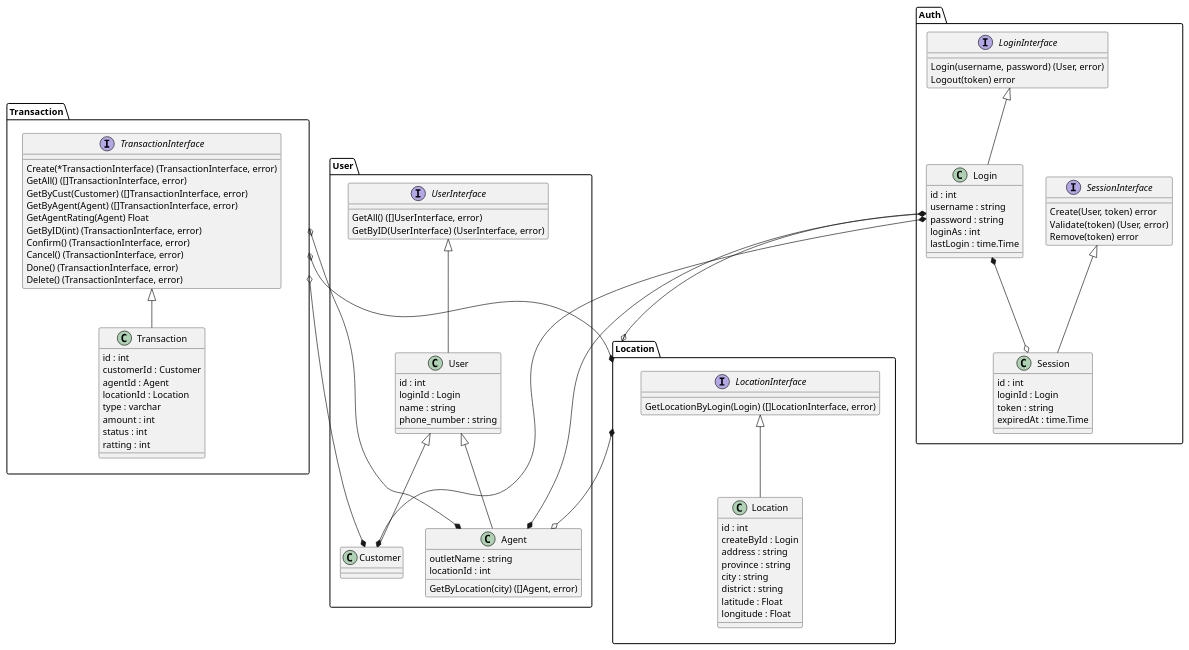
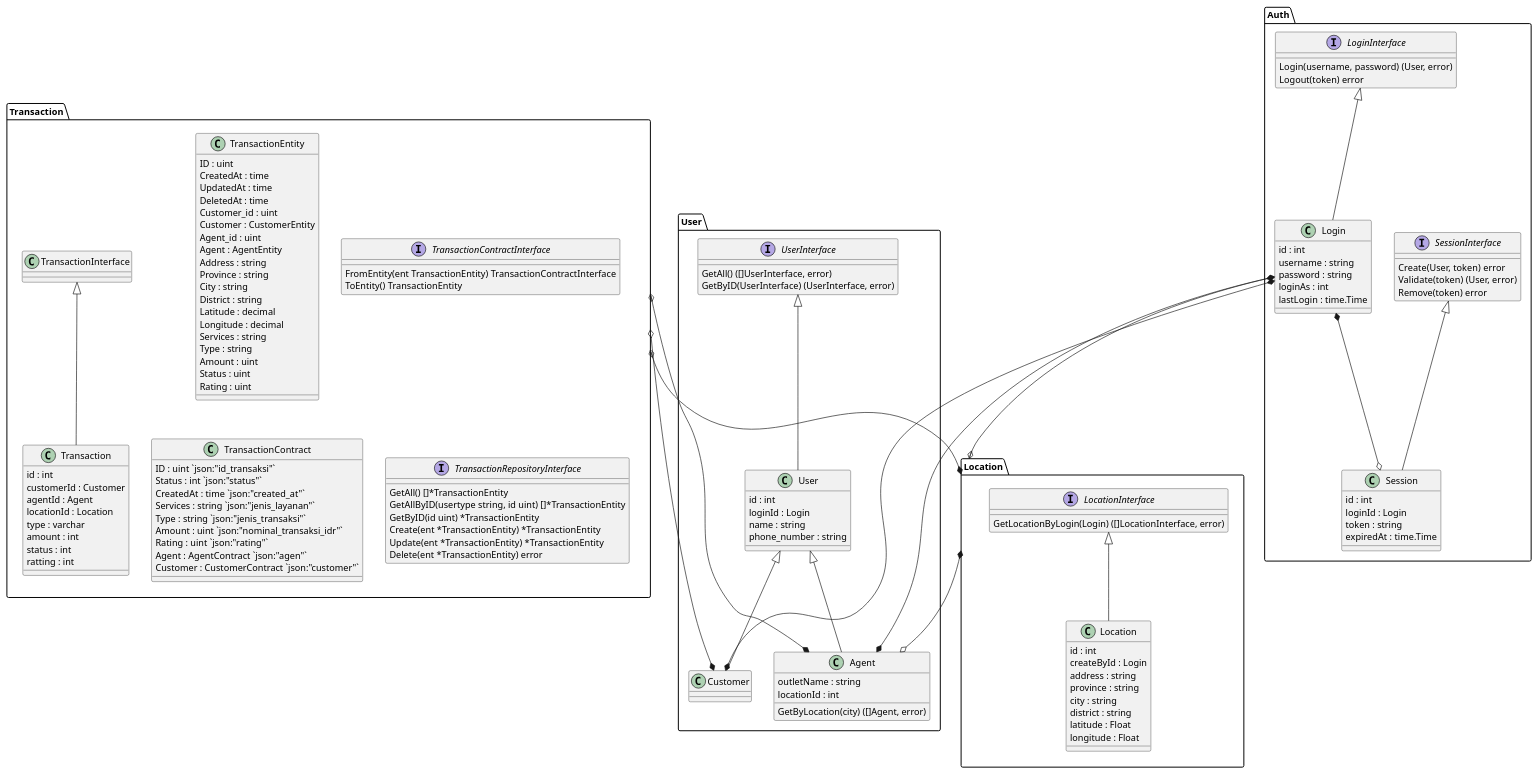
The diagram in documentation/class.plantuml (masdikaid/backend-antar-jemput-bank-service-golang-rakamin), drawn with PlantUML before and after one commit.

Commit message:
update to new structure but not be done yet

```diff
--- a/documentation/class.plantuml
+++ b/documentation/class.plantuml
@@ -1,124 +1,162 @@
 @startuml
+
 
 package Transaction <<folder>> {
 
-    interface TransactionInterface {
-        Create(*TransactionInterface) (TransactionInterface, error)
-        GetAll() ([]TransactionInterface, error)
-        GetByCust(Customer) ([]TransactionInterface, error)
-        GetByAgent(Agent) ([]TransactionInterface, error)
-        GetAgentRating(Agent) Float
-        GetByID(int) (TransactionInterface, error)
-        Confirm() (TransactionInterface, error)
-        Cancel() (TransactionInterface, error)
-        Done() (TransactionInterface, error)
-        Delete() (TransactionInterface, error)
+    class TransactionEntity {
+        ID : uint
+        CreatedAt : time
+        UpdatedAt : time
+        DeletedAt : time
+        Customer_id : uint
+        Customer : CustomerEntity
+        Agent_id : uint
+        Agent : AgentEntity
+        Address : string
+        Province : string
+        City : string
+        District : string
+        Latitude : decimal
+        Longitude : decimal
+        Services : string
+        Type : string
+        Amount : uint
+        Status : uint
+        Rating : uint
     }
+
+    interface TransactionContractInterface {
+        FromEntity(ent TransactionEntity) TransactionContractInterface
+        ToEntity() TransactionEntity
+    }
+
+    class TransactionContract {
+        ID : uint `json:"id_transaksi"`
+        Status : int `json:"status"`
+        CreatedAt : time `json:"created_at"`
+        Services : string `json:"jenis_layanan"`
+        Type : string `json:"jenis_transaksi"`
+        Amount : uint `json:"nominal_transaksi_idr"`
+        Rating : uint `json:"rating"`
+        Agent : AgentContract `json:"agen"`
+        Customer : CustomerContract `json:"customer"`
+    }
+
+    interface TransactionRepositoryInterface {
+        GetAll() []*TransactionEntity
+        GetAllByID(usertype string, id uint) []*TransactionEntity
+        GetByID(id uint) *TransactionEntity
+        Create(ent *TransactionEntity) *TransactionEntity
+        Update(ent *TransactionEntity) *TransactionEntity
+        Delete(ent *TransactionEntity) error
+    }
+
+
 
     class Transaction {
         id : int
         customerId : Customer
         agentId : Agent
         locationId : Location
         type : varchar
         amount : int
         status : int
         ratting : int
     }
 
     TransactionInterface <|-- Transaction
 
 }
 
 package User <<folder>> {
 
     interface UserInterface {
         GetAll() ([]UserInterface, error)
         GetByID(UserInterface) (UserInterface, error)
     }
 
     class User {
         id : int
         loginId : Login
         name : string
         phone_number : string
     }
 
     class Customer {
     }
 
     class Agent {
         outletName : string
         locationId : int
         GetByLocation(city) ([]Agent, error)
     }
 
     UserInterface <|-- User
     User <|-- Customer
     User <|-- Agent
 
 }
 
 Package Auth <<folder>> {
 
     interface LoginInterface {
         Login(username, password) (User, error)
         Logout(token) error
     }
 
     interface SessionInterface {
         Create(User, token) error
         Validate(token) (User, error)
         Remove(token) error
     }
 
     class Login {
         id : int
         username : string
         password : string
         loginAs : int
         lastLogin : time.Time
     }
 
     class Session {
         id : int
         loginId : Login
         token : string
         expiredAt : time.Time
     }
 
     LoginInterface <|-- Login
     SessionInterface <|-- Session
 
 }
 
 package Location {
 
     interface LocationInterface {
         GetLocationByLogin(Login) ([]LocationInterface, error)
     }
 
     class Location {
         id : int
         createById : Login
         address : string
         province : string
         city : string
         district : string
         latitude : Float
         longitude : Float
     }
 
     LocationInterface <|-- Location
 }
 
 Transaction o--* Customer
 Transaction o--* Agent
 Transaction o--* Location
 Login *--* Customer
 Login *--* Agent
 Location *--o Agent
 Login *--o Session
 Login *--o Location
 
 @enduml
```
